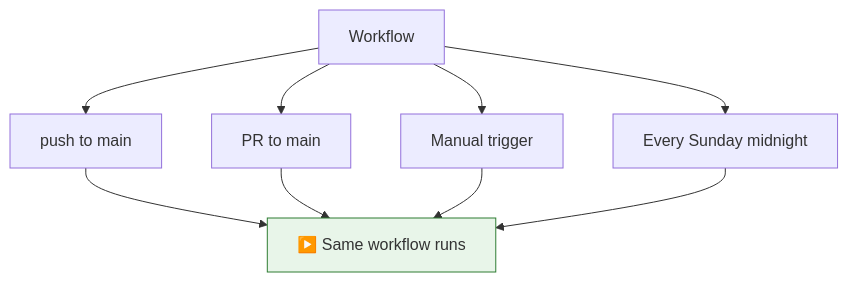
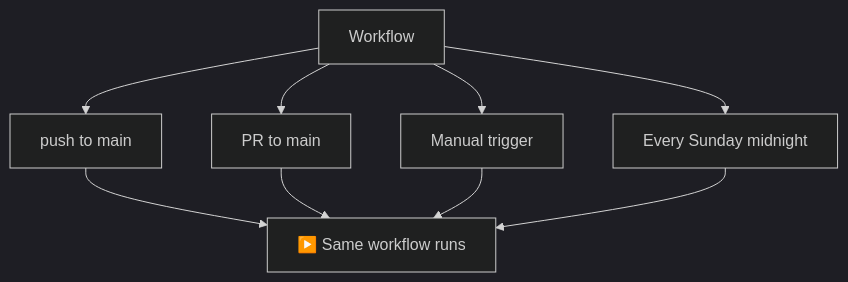
The sixth of 6 diagrams in 04-triggering-events/README.md (vishutyagi0210/github-ci-cd-with-labs), drawn with Mermaid before and after one commit. The commit also changed other lines of this file and 13 other files, not shown here.

Commit message:
fix: switch all mermaid diagrams to dark theme for better readability

````diff
--- a/04-triggering-events/README.md
+++ b/04-triggering-events/README.md
@@ -194,14 +188,14 @@
 ```mermaid
+%%{init: {"theme": "dark"}}%%
 graph TD
     W["Workflow"] --> T1["push to main"]
     W --> T2["PR to main"]
     W --> T3["Manual trigger"]
     W --> T4["Every Sunday midnight"]
 
     T1 --> RUN["▶️ Same workflow runs"]
     T2 --> RUN
     T3 --> RUN
     T4 --> RUN
 
-    style RUN fill:#e8f5e9,stroke:#2e7d32
 ```
````
